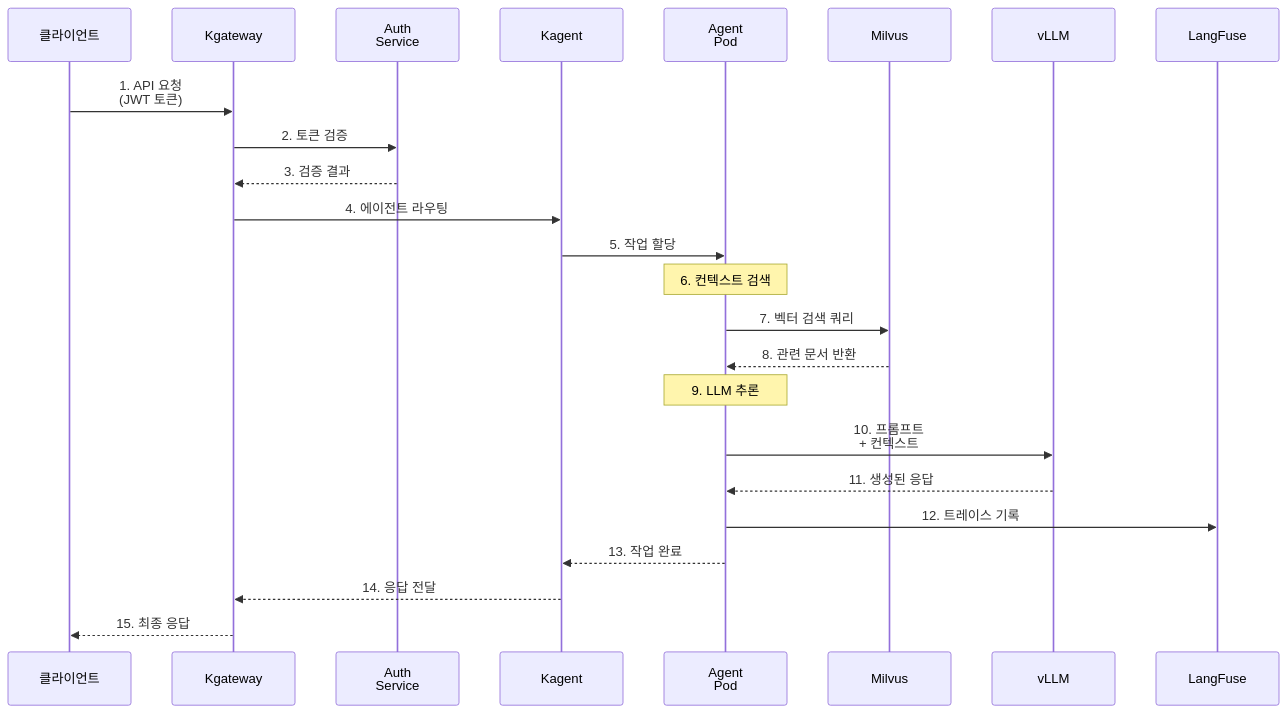
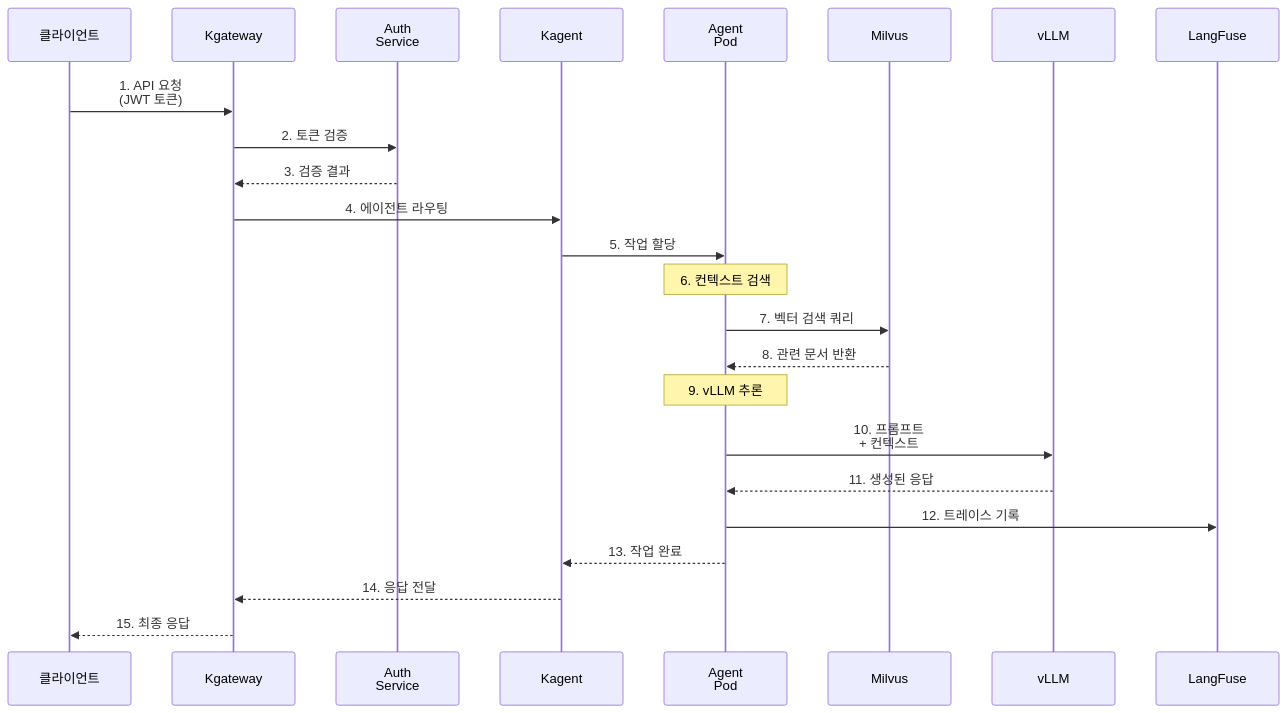
The tenth of 10 diagrams in docs/agentic-ai-platform/design-architecture/agentic-platform-architecture.md (devfloor9/engineering-playbook), drawn with Mermaid before and after one commit. The commit also changed other lines of this file and 21 other files, not shown here.

````diff
--- a/docs/agentic-ai-platform/design-architecture/agentic-platform-architecture.md
+++ b/docs/agentic-ai-platform/design-architecture/agentic-platform-architecture.md
@@ -962,30 +961,30 @@
 ```mermaid
 sequenceDiagram
     participant Client as 클라이언트
     participant Gateway as Kgateway
     participant Auth as Auth<br/>Service
     participant Kagent as Kagent
     participant Agent as Agent<br/>Pod
     participant Milvus as Milvus
     participant LLM as vLLM
     participant LangFuse as LangFuse
 
     Client->>Gateway: 1. API 요청<br/>(JWT 토큰)
     Gateway->>Auth: 2. 토큰 검증
     Auth-->>Gateway: 3. 검증 결과
     Gateway->>Kagent: 4. 에이전트 라우팅
     Kagent->>Agent: 5. 작업 할당
 
     Note over Agent: 6. 컨텍스트 검색
     Agent->>Milvus: 7. 벡터 검색 쿼리
     Milvus-->>Agent: 8. 관련 문서 반환
 
-    Note over Agent: 9. LLM 추론
+    Note over Agent: 9. vLLM 추론
     Agent->>LLM: 10. 프롬프트<br/>+ 컨텍스트
     LLM-->>Agent: 11. 생성된 응답
 
     Agent->>LangFuse: 12. 트레이스 기록
     Agent-->>Kagent: 13. 작업 완료
     Kagent-->>Gateway: 14. 응답 전달
     Gateway-->>Client: 15. 최종 응답
 ```
````
